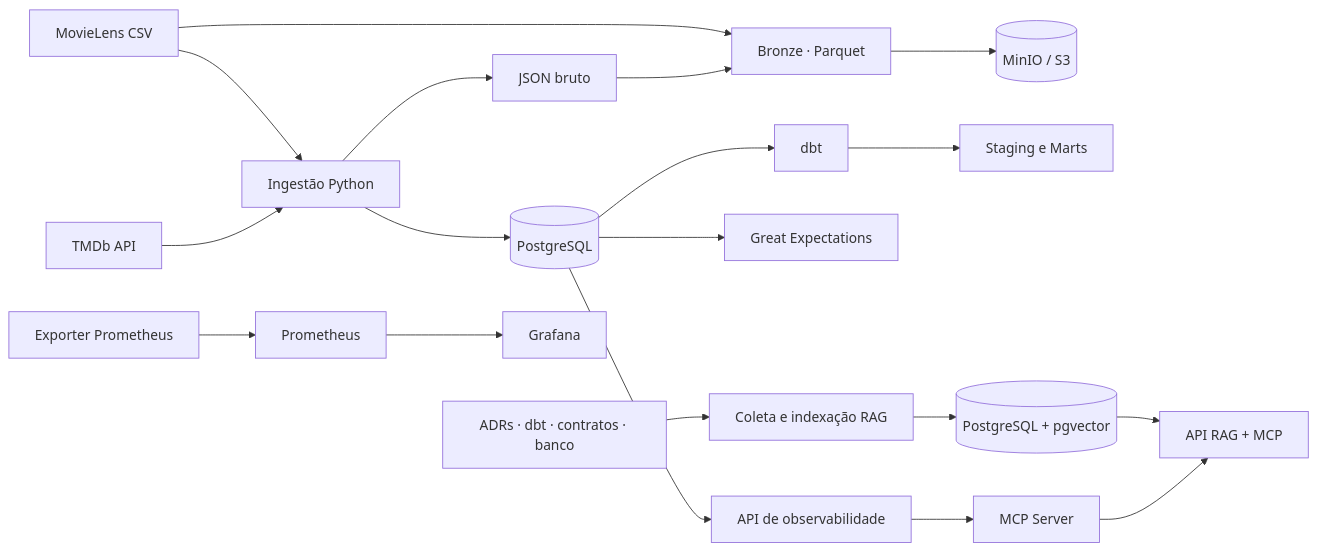
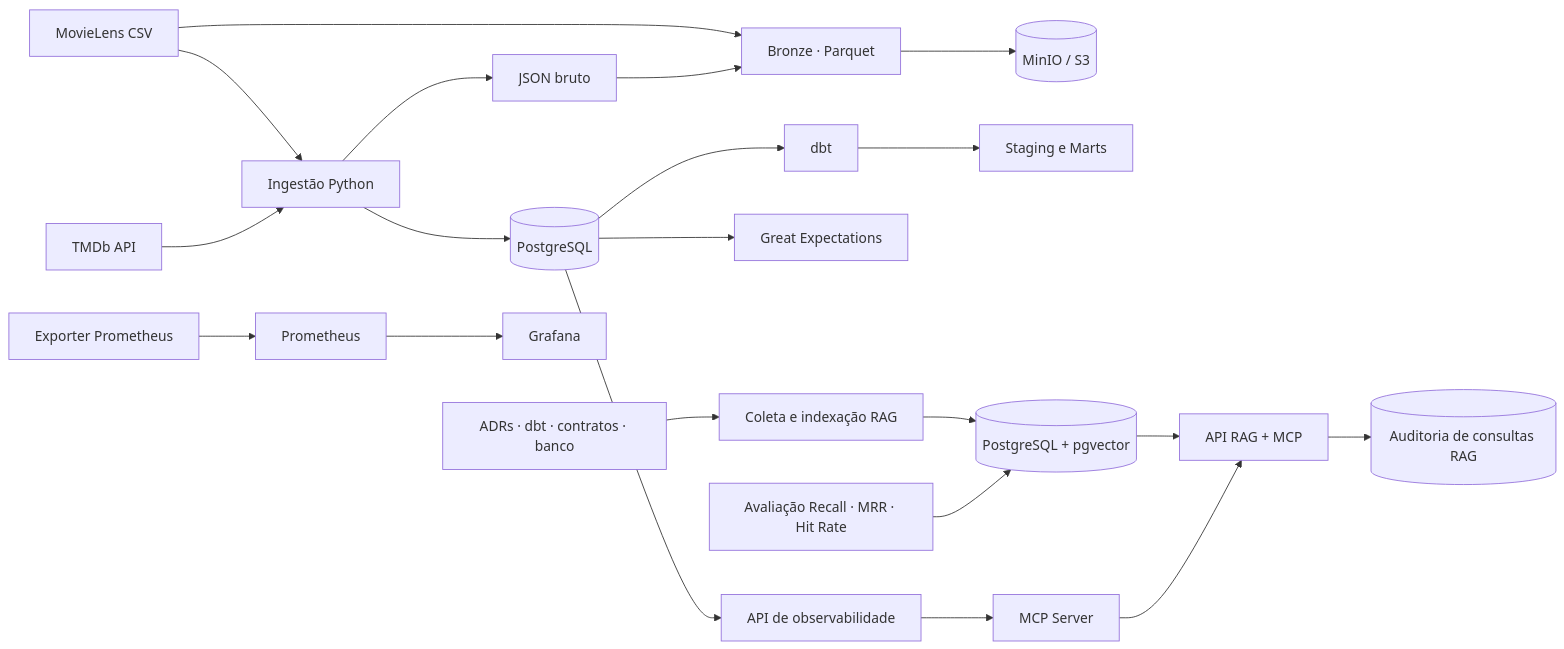
The diagram in README.md (CostaPaiiva/CineLake-AI), drawn with Mermaid before and after one commit. The commit also changed other lines of this file, not shown here.

````diff
--- a/README.md
+++ b/README.md
@@ -25,21 +25,23 @@
 ```mermaid
 flowchart LR
     ML[MovieLens CSV] --> ING[Ingestão Python]
     TMDB[TMDb API] --> ING
     ING --> PG[(PostgreSQL)]
     ING --> RAW[JSON bruto]
     ML --> BRONZE[Bronze · Parquet]
     RAW --> BRONZE
     BRONZE --> MINIO[(MinIO / S3)]
     PG --> DBT[dbt]
     DBT --> MARTS[Staging e Marts]
     PG --> GE[Great Expectations]
     PG --> OBS[API de observabilidade]
     OBS --> MCP[MCP Server]
     DOCS[ADRs · dbt · contratos · banco] --> RAG[Coleta e indexação RAG]
     RAG --> VDB[(PostgreSQL + pgvector)]
     VDB --> RAGAPI[API RAG + MCP]
     MCP --> RAGAPI
+    RAGAPI --> RAGLOG[(Auditoria de consultas RAG)]
+    EVAL[Avaliação Recall · MRR · Hit Rate] --> VDB
     EXP[Exporter Prometheus] --> PROM[Prometheus]
     PROM --> GRAF[Grafana]
 ```
````
